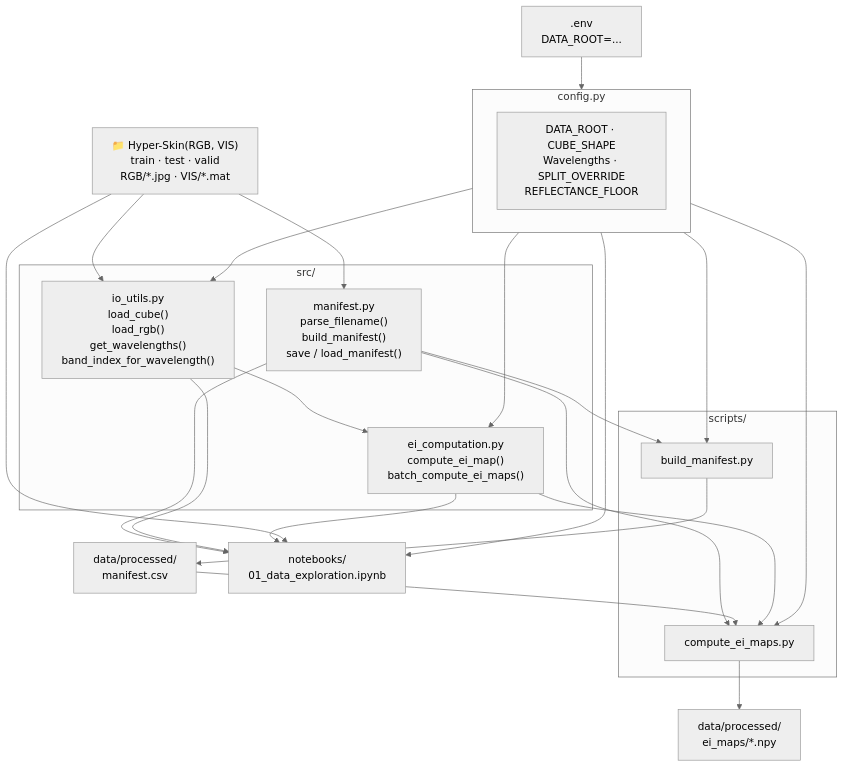
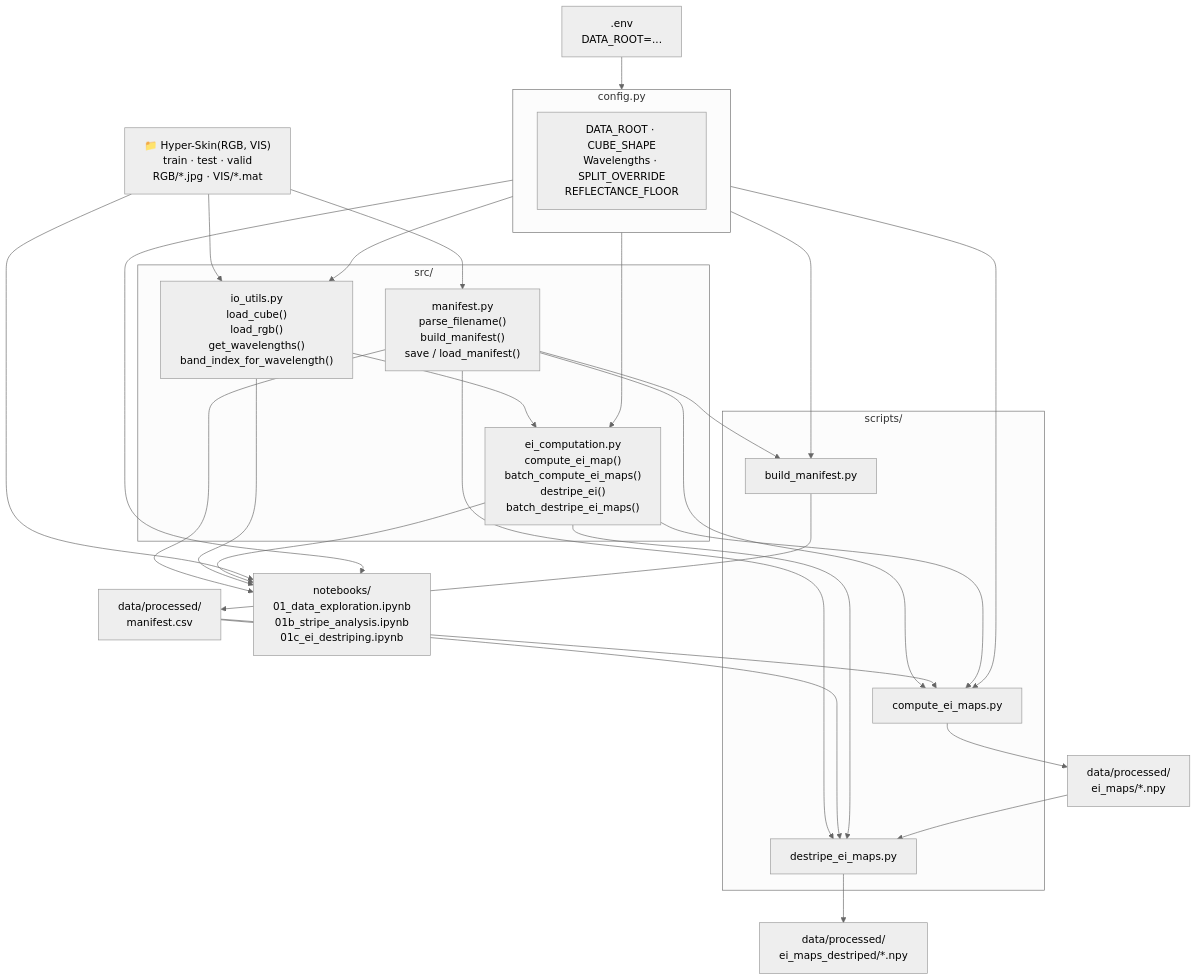
The diagram in README.md (denydr/erythema-estimation), drawn with Mermaid (neutral theme) before and after one commit. The commit also changed other lines of this file and 7 other files, not shown here.

Commit message:
Add stripe-analysis and destriping notebooks + pipeline updates

````diff
--- a/README.md
+++ b/README.md
@@ -111,50 +119,58 @@
 ```mermaid
 flowchart TD
     SSD["📁 Hyper-Skin(RGB, VIS)\ntrain · test · valid\nRGB/*.jpg · VIS/*.mat"]
 
     ENV[".env\nDATA_ROOT=..."]
 
     subgraph cfg["config.py"]
         C["DATA_ROOT · CUBE_SHAPE\nWavelengths · SPLIT_OVERRIDE\nREFLECTANCE_FLOOR"]
     end
 
     ENV --> cfg
 
     subgraph src["src/"]
         MAN["manifest.py\nparse_filename()\nbuild_manifest()\nsave / load_manifest()"]
         IO["io_utils.py\nload_cube()\nload_rgb()\nget_wavelengths()\nband_index_for_wavelength()"]
-        EI["ei_computation.py\ncompute_ei_map()\nbatch_compute_ei_maps()"]
+        EI["ei_computation.py\ncompute_ei_map()\nbatch_compute_ei_maps()\ndestripe_ei()\nbatch_destripe_ei_maps()"]
     end
 
     subgraph scripts["scripts/"]
         BS["build_manifest.py"]
         CE["compute_ei_maps.py"]
+        DE["destripe_ei_maps.py"]
     end
 
-    NB["notebooks/\n01_data_exploration.ipynb"]
+    NB["notebooks/\n01_data_exploration.ipynb\n01b_stripe_analysis.ipynb\n01c_ei_destriping.ipynb"]
 
     MCSV["data/processed/\nmanifest.csv"]
     EIOUT["data/processed/\nei_maps/*.npy"]
+    DEOUT["data/processed/\nei_maps_destriped/*.npy"]
 
     SSD --> MAN
     SSD --> IO
     cfg --> IO
     cfg --> EI
     cfg --> BS
     cfg --> CE
     cfg --> NB
 
     MAN --> BS
     BS --> MCSV
 
     MAN --> CE
     MCSV --> CE
     IO --> EI
     EI --> CE
     CE --> EIOUT
 
+    MAN --> DE
+    MCSV --> DE
+    EI --> DE
+    EIOUT --> DE
+    DE --> DEOUT
+
     MAN --> NB
     IO --> NB
     EI --> NB
     SSD --> NB
 ```
````
